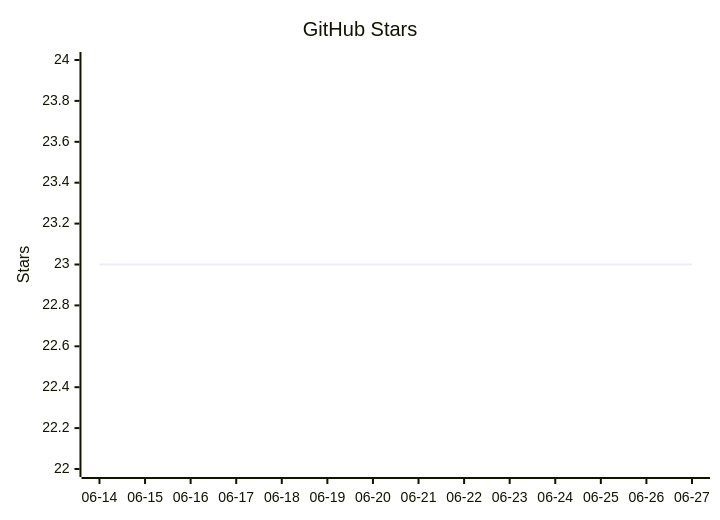
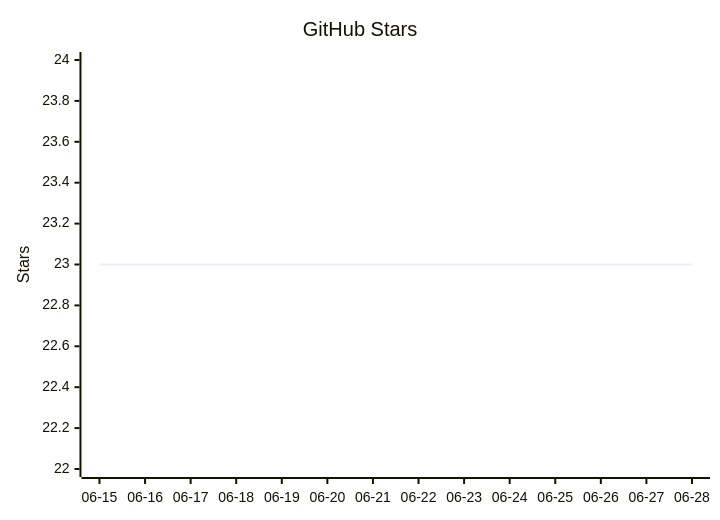
One commit to vectie/moonclaw changed the diagram in README.mbt.md. Above: the diagram before and after it, drawn with Mermaid. The commit also changed other lines of this file and 1 other file, not shown here.

Commit message:
Update README star growth

````diff
--- a/README.mbt.md
+++ b/README.mbt.md
@@ -613,7 +613,7 @@
 ```mermaid
 xychart-beta
     title "GitHub Stars"
-    x-axis ["06-14","06-15","06-16","06-17","06-18","06-19","06-20","06-21","06-22","06-23","06-24","06-25","06-26","06-27"]
+    x-axis ["06-15","06-16","06-17","06-18","06-19","06-20","06-21","06-22","06-23","06-24","06-25","06-26","06-27","06-28"]
     y-axis "Stars" 22 --> 24
     line [23,23,23,23,23,23,23,23,23,23,23,23,23,23]
 ```
````
